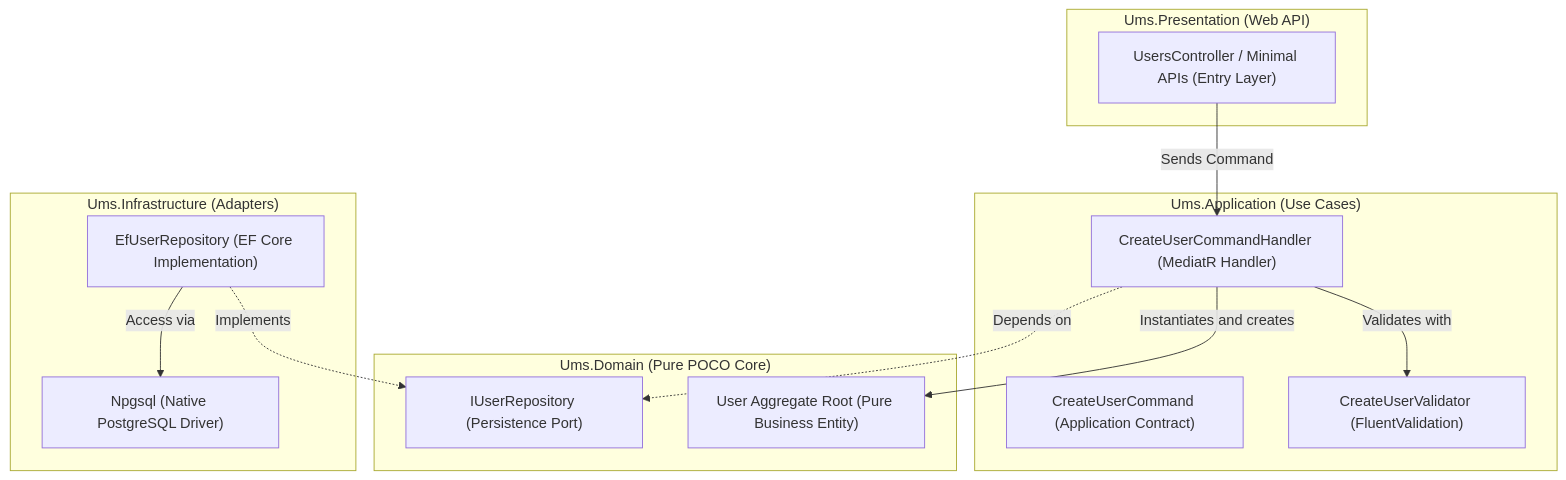
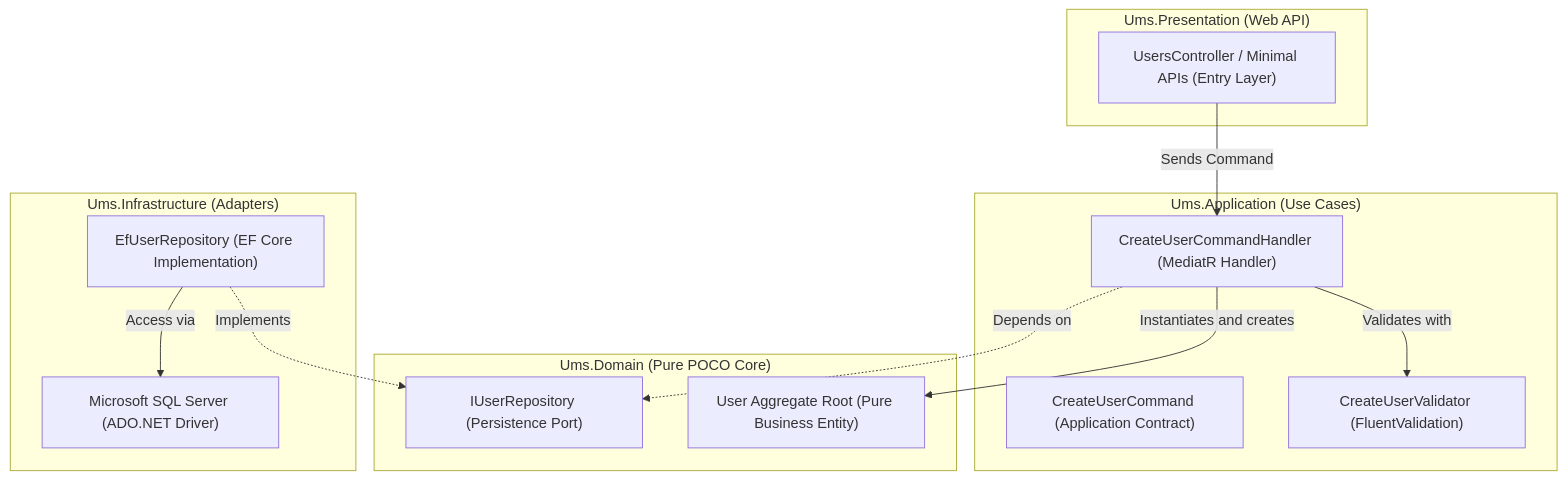
The third of 7 diagrams in architecture/blueprints/architecture-spec.md (beyondnetcode/ums), drawn with Mermaid before and after one commit. The commit also changed other lines of this file and 8 other files, not shown here.

````diff
--- a/architecture/blueprints/architecture-spec.md
+++ b/architecture/blueprints/architecture-spec.md
@@ -122,30 +122,30 @@
 ```mermaid
 graph TD
     subgraph Presentation["Ums.Presentation (Web API)"]
         Controller["UsersController / Minimal APIs (Entry Layer)"]
     end
 
     subgraph Application["Ums.Application (Use Cases)"]
         Handler["CreateUserCommandHandler (MediatR Handler)"]
         Command["CreateUserCommand (Application Contract)"]
         Validator["CreateUserValidator (FluentValidation)"]
     end
 
     subgraph Domain["Ums.Domain (Pure POCO Core)"]
         Entity["User Aggregate Root (Pure Business Entity)"]
         IUserRepo["IUserRepository (Persistence Port)"]
     end
 
     subgraph Infrastructure["Ums.Infrastructure (Adapters)"]
         EfRepo["EfUserRepository (EF Core Implementation)"]
-        Postgres["Npgsql (Native PostgreSQL Driver)"]
+        SqlServer["Microsoft SQL Server (ADO.NET Driver)"]
     end
 
-    Controller -->|Sends Command| Handler
-    Handler -->|Validates with| Validator
-    Handler -->|Instantiates and creates| Entity
-    Handler -.->|Depends on| IUserRepo
+    Controller -->|"Sends Command"| Handler
+    Handler -->|"Validates with"| Validator
+    Handler -->|"Instantiates and creates"| Entity
+    Handler -.->|"Depends on"| IUserRepo
     
-    EfRepo -.->|Implements| IUserRepo
-    EfRepo -->|Access via| Postgres
+    EfRepo -.->|"Implements"| IUserRepo
+    EfRepo -->|"Access via"| SqlServer
 ```
````
